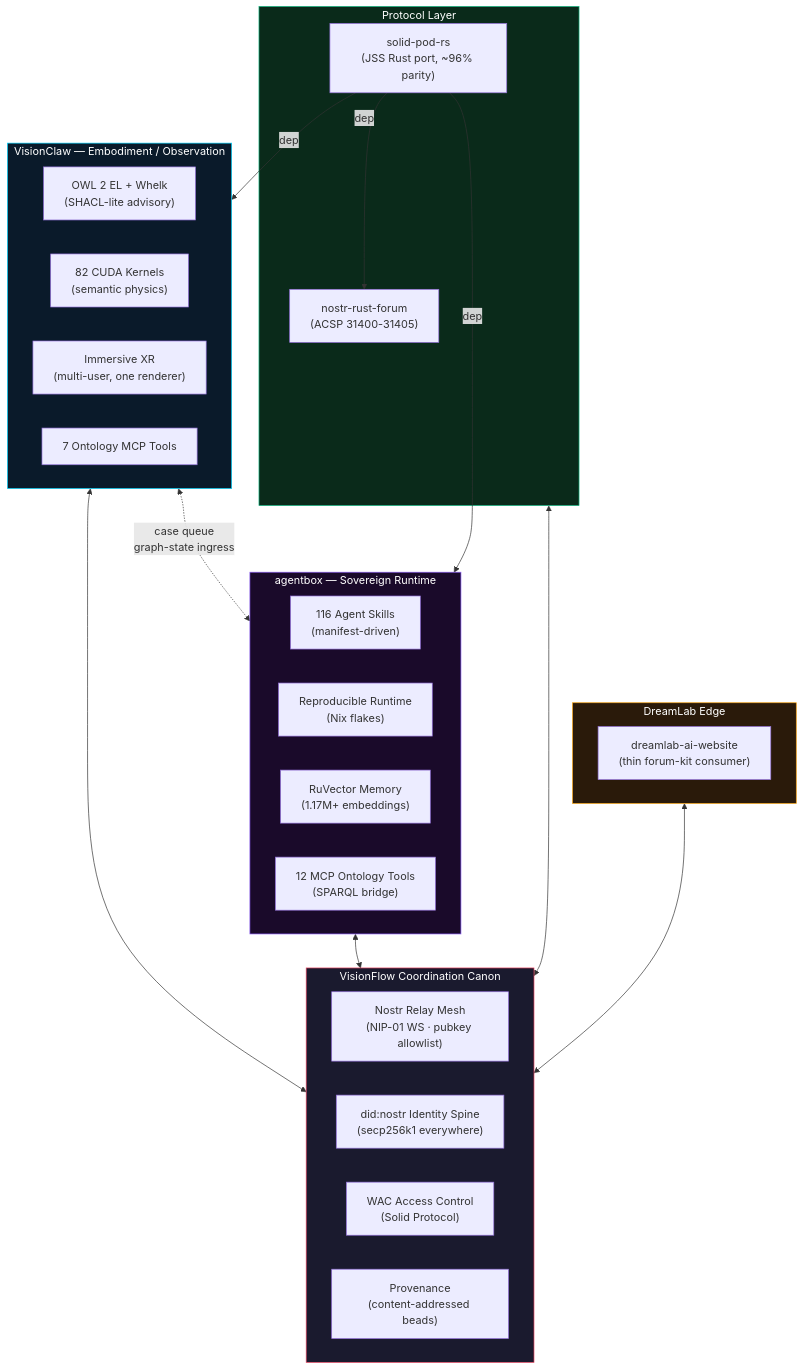
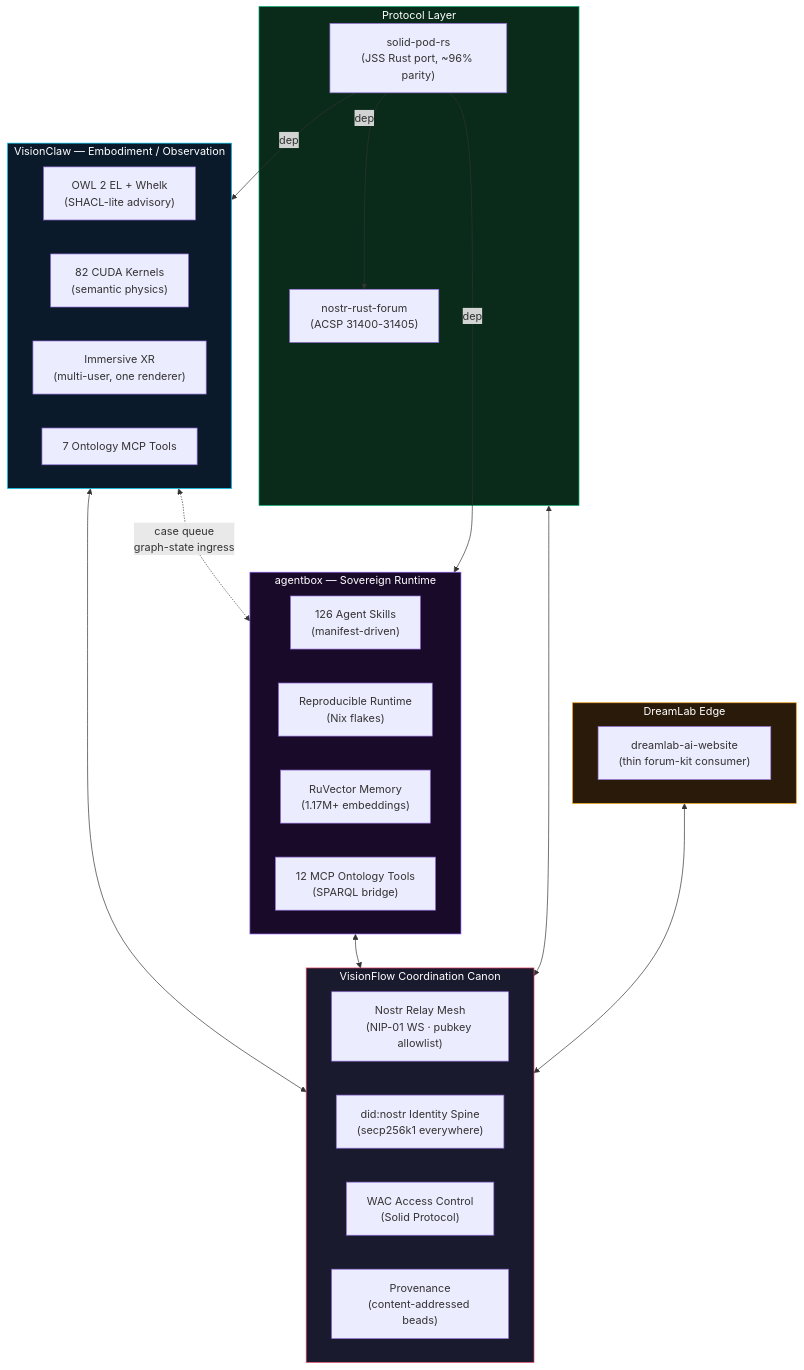
Before and after one commit to DreamLab-AI/VisionFlow: the diagram in README.md, drawn with Mermaid. The commit also changed other lines of this file and 284 other files, not shown here.

````diff
--- a/README.md
+++ b/README.md
@@ -134,49 +134,49 @@
 ```mermaid
 flowchart TB
     subgraph VF["VisionFlow Coordination Canon"]
         direction LR
         MESH["Nostr Relay Mesh\n(NIP-01 WS · pubkey allowlist)"]
         DID["did:nostr Identity Spine\n(secp256k1 everywhere)"]
         WAC["WAC Access Control\n(Solid Protocol)"]
         PROV["Provenance\n(content-addressed beads)"]
     end
 
     subgraph VC["VisionClaw — Embodiment / Observation"]
         OWL["OWL 2 EL + Whelk\n(SHACL-lite advisory)"]
         GPU["82 CUDA Kernels\n(semantic physics)"]
         XR["Immersive XR\n(multi-user, one renderer)"]
         MCP_VC["7 Ontology MCP Tools"]
     end
 
     subgraph AB["agentbox — Sovereign Runtime"]
-        AGENTS["116 Agent Skills\n(manifest-driven)"]
+        AGENTS["126 Agent Skills\n(manifest-driven)"]
         NIX["Reproducible Runtime\n(Nix flakes)"]
         MEM["RuVector Memory\n(1.17M+ embeddings)"]
         BRIDGE["12 MCP Ontology Tools\n(SPARQL bridge)"]
     end
 
     subgraph PROTO["Protocol Layer"]
         SPR["solid-pod-rs\n(JSS Rust port, ~96% parity)"]
         NRF["nostr-rust-forum\n(ACSP 31400-31405)"]
     end
 
     subgraph EDGE["DreamLab Edge"]
         SITE["dreamlab-ai-website\n(thin forum-kit consumer)"]
     end
 
     VC <--> VF
     AB <--> VF
     PROTO <--> VF
     EDGE <--> VF
 
     VC <-.->|"case queue\ngraph-state ingress"| AB
     SPR -->|"dep"| NRF
     SPR -->|"dep"| AB
     SPR -->|"dep"| VC
 
     style VF fill:#1a1a2e,stroke:#e94560,color:#fff
     style VC fill:#0a1a2a,stroke:#00d4ff,color:#fff
     style AB fill:#1a0a2a,stroke:#8b5cf6,color:#fff
     style PROTO fill:#0a2a1a,stroke:#10b981,color:#fff
     style EDGE fill:#2a1a0a,stroke:#f59e0b,color:#fff
 ```
````
